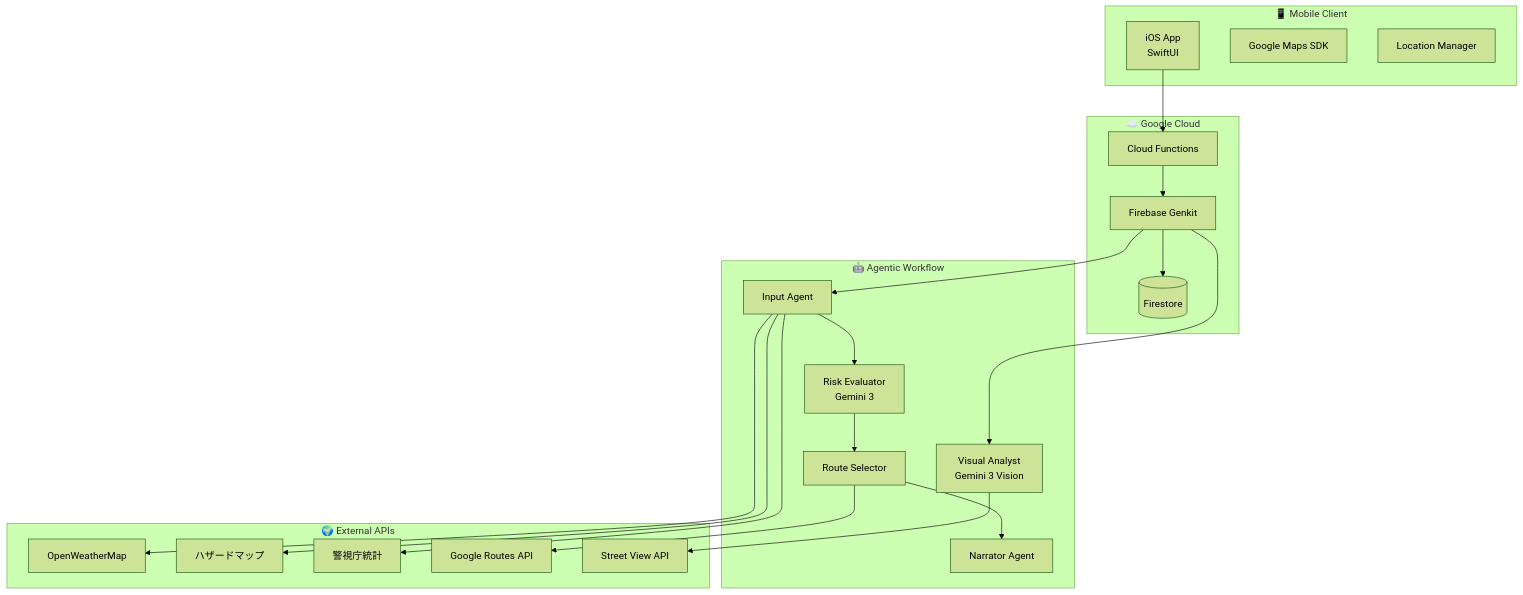
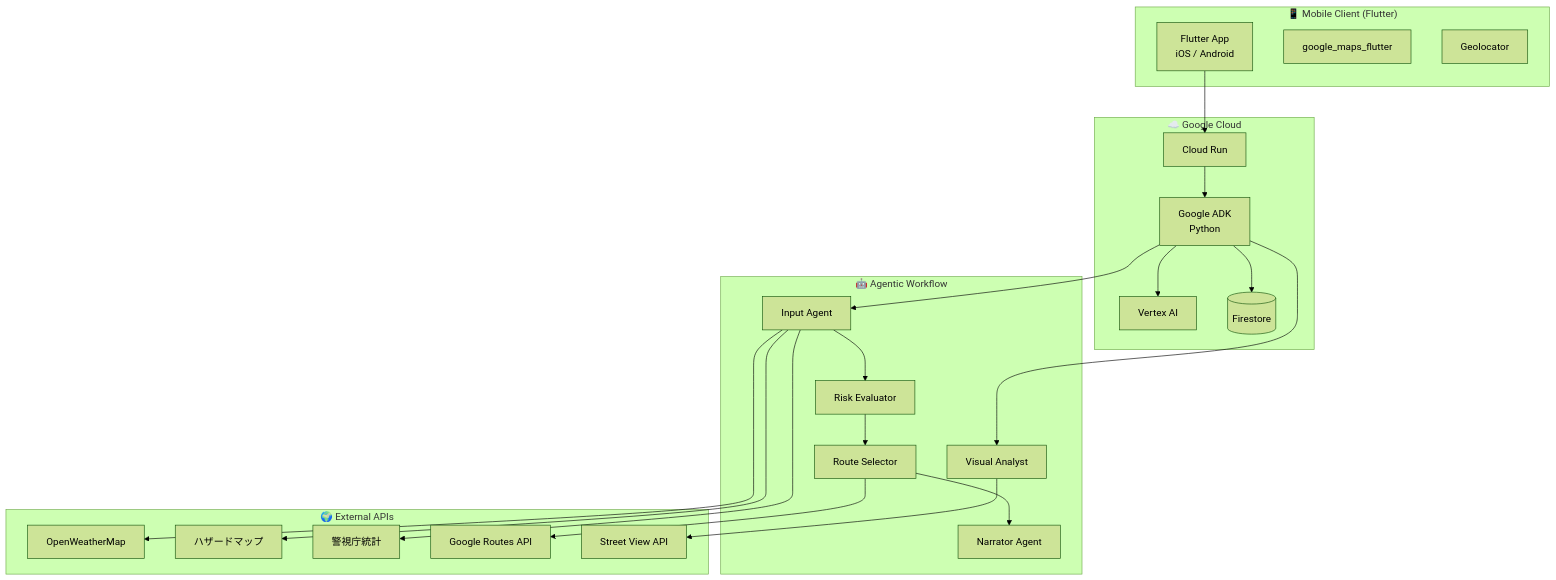
One commit to Ryg-appdev/safe-routing-ai-navigation changed the diagram in Docs/確定/diagrams/03_システム全体構成図.md. Above: the diagram before and after it, drawn with Mermaid (forest theme). The commit also changed 12 other files, not shown here.

Commit message:
docs: 全ドキュメントの整合性を修正（Flutter/Vertex AI/ADK統一）

````diff
--- a/Docs/確定/diagrams/03_システム全体構成図.md
+++ b/Docs/確定/diagrams/03_システム全体構成図.md
@@ -3,46 +3,48 @@
 ```mermaid
 flowchart TB
-    subgraph Client["📱 Mobile Client"]
-        iOS["iOS App<br/>SwiftUI"]
-        MapsSDK["Google Maps SDK"]
-        GPS["Location Manager"]
+    subgraph Client["📱 Mobile Client (Flutter)"]
+        Flutter["Flutter App<br/>iOS / Android"]
+        MapsSDK["google_maps_flutter"]
+        GPS["Geolocator"]
     end
 
     subgraph Backend["☁️ Google Cloud"]
-        Functions["Cloud Functions"]
-        Genkit["Firebase Genkit"]
+        CloudRun["Cloud Run"]
+        ADK["Google ADK<br/>Python"]
+        VertexAI["Vertex AI"]
         Firestore[("Firestore")]
     end
 
     subgraph Agents["🤖 Agentic Workflow"]
         InputAgent["Input Agent"]
-        RiskAgent["Risk Evaluator<br/>Gemini 3"]
+        RiskAgent["Risk Evaluator"]
         RouteAgent["Route Selector"]
-        VisionAgent["Visual Analyst<br/>Gemini 3 Vision"]
+        VisionAgent["Visual Analyst"]
         Narrator["Narrator Agent"]
     end
 
     subgraph APIs["🌍 External APIs"]
         WeatherAPI["OpenWeatherMap"]
         HazardAPI["ハザードマップ"]
         PoliceData["警視庁統計"]
         RoutesAPI["Google Routes API"]
         StreetView["Street View API"]
     end
 
-    iOS --> Functions
-    Functions --> Genkit
-    Genkit --> Firestore
+    Flutter --> CloudRun
+    CloudRun --> ADK
+    ADK --> VertexAI
+    ADK --> Firestore
     
-    Genkit --> InputAgent
+    ADK --> InputAgent
     InputAgent --> RiskAgent
     RiskAgent --> RouteAgent
     RouteAgent --> Narrator
-    Genkit --> VisionAgent
+    ADK --> VisionAgent
 
     InputAgent --> WeatherAPI
     InputAgent --> HazardAPI
     InputAgent --> PoliceData
     RouteAgent --> RoutesAPI
     VisionAgent --> StreetView
 ```
````
